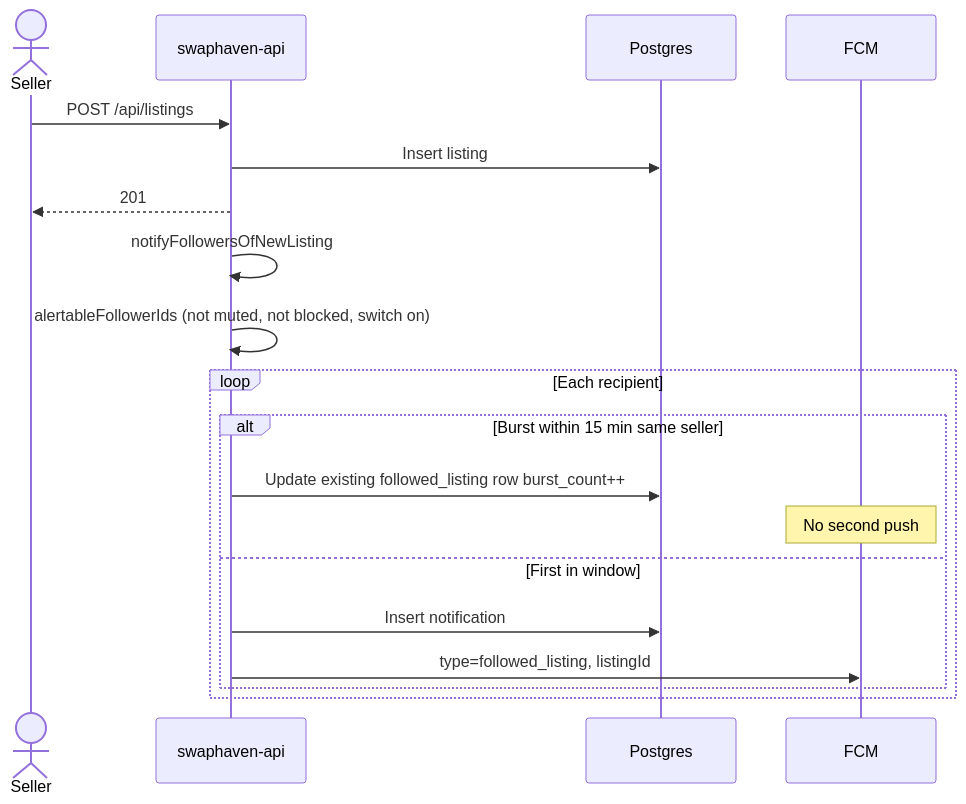
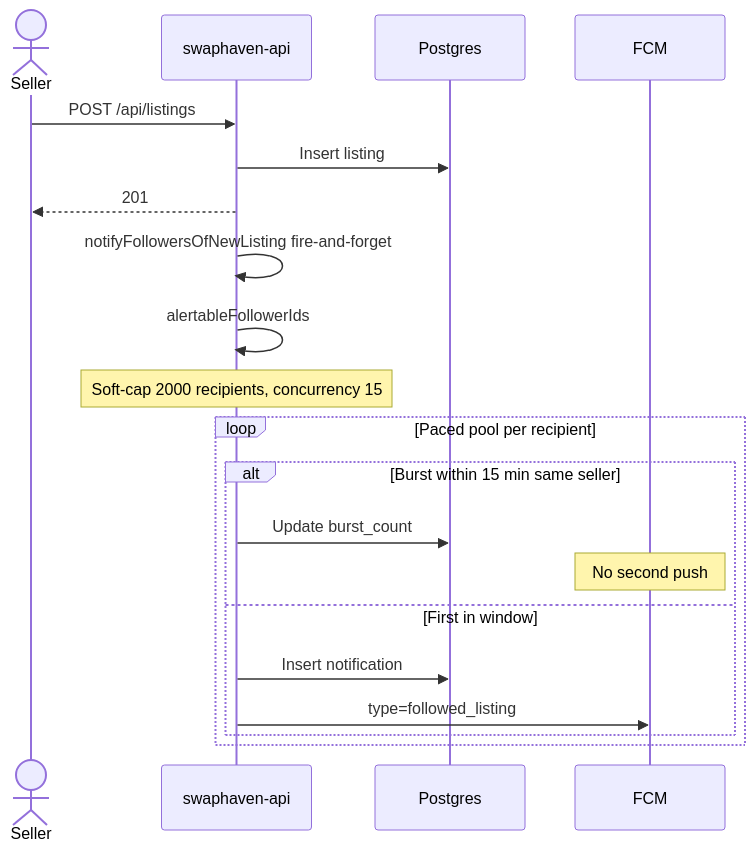
The eighth of 13 diagrams in docs/FOLLOW_FEATURE.md (barterinfo/swaphaven-backend), drawn with Mermaid before and after one commit. The commit also changed other lines of this file and 2 other files, not shown here.

````diff
--- a/docs/FOLLOW_FEATURE.md
+++ b/docs/FOLLOW_FEATURE.md
@@ -248,22 +271,23 @@
 ```mermaid
 sequenceDiagram
   actor S as Seller
   participant API as swaphaven-api
   participant DB as Postgres
   participant FCM as FCM
 
   S->>API: POST /api/listings
   API->>DB: Insert listing
   API-->>S: 201
-  API->>API: notifyFollowersOfNewListing
-  API->>API: alertableFollowerIds (not muted, not blocked, switch on)
-  loop Each recipient
+  API->>API: notifyFollowersOfNewListing fire-and-forget
+  API->>API: alertableFollowerIds
+  Note over API: Soft-cap 2000 recipients, concurrency 15
+  loop Paced pool per recipient
     alt Burst within 15 min same seller
-      API->>DB: Update existing followed_listing row burst_count++
+      API->>DB: Update burst_count
       Note over FCM: No second push
     else First in window
       API->>DB: Insert notification
-      API->>FCM: type=followed_listing, listingId
+      API->>FCM: type=followed_listing
     end
   end
 ```
````
